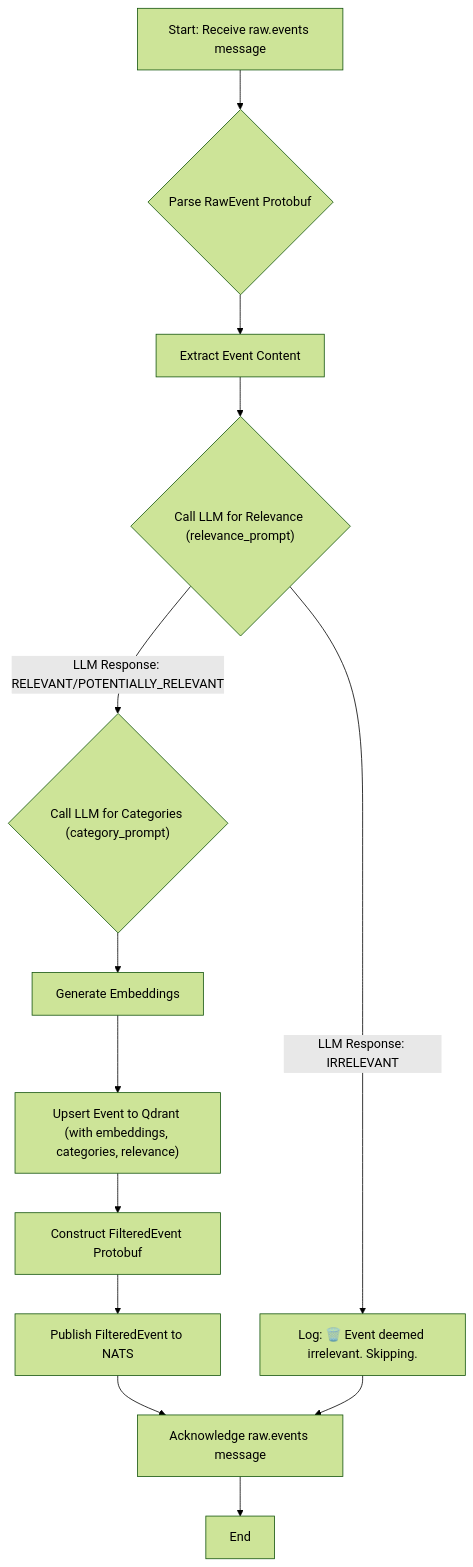
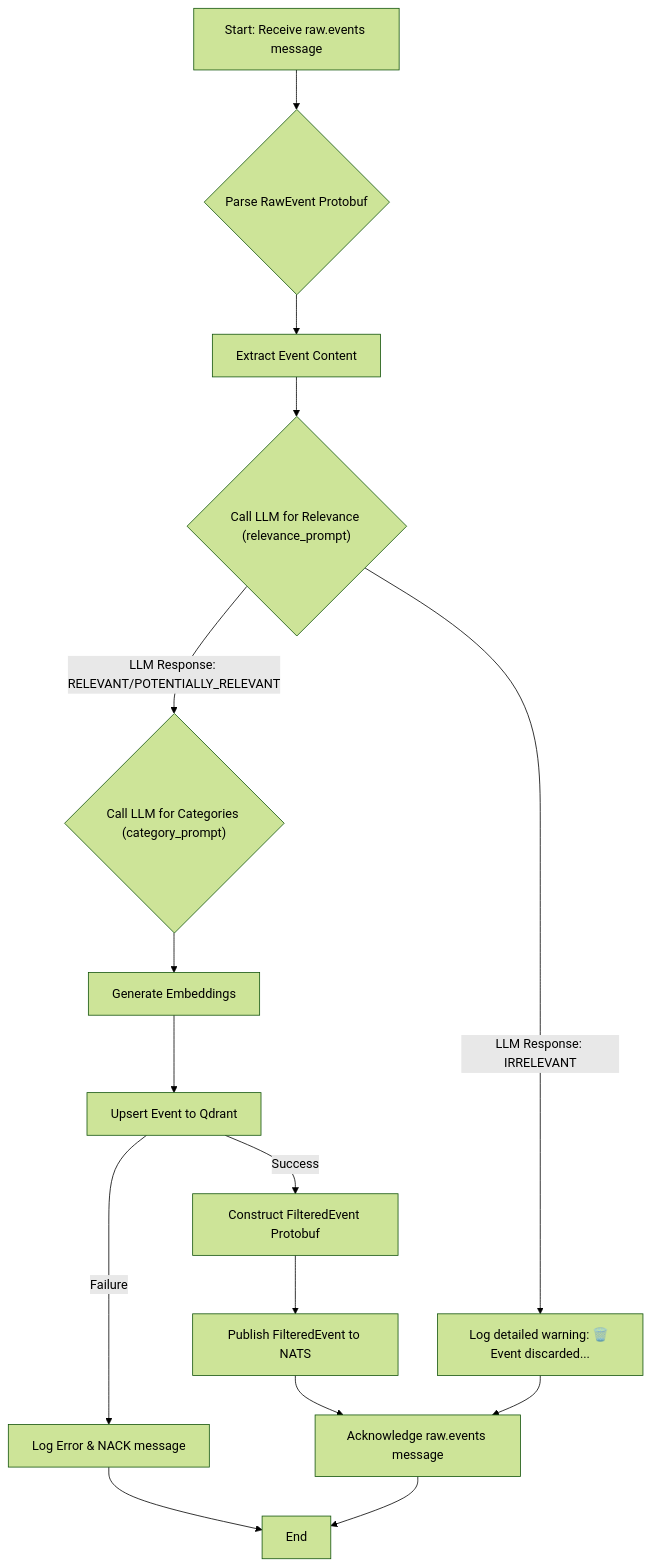
The second of 2 diagrams in docs/filter.md (gsantopaolo/sentinel-AI), drawn with Mermaid (forest theme) before and after one commit. The commit also changed other lines of this file and 14 other files, not shown here.

````diff
--- a/docs/filter.md
+++ b/docs/filter.md
@@ -111,15 +98,17 @@
 ```mermaid
 flowchart TD
     A["Start: Receive raw.events message"] --> B{"Parse RawEvent Protobuf"}
     B --> C["Extract Event Content"]
     C --> D{"Call LLM for Relevance (relevance_prompt)"}
-    D -->|LLM Response: IRRELEVANT| E["Log: 🗑️ Event deemed irrelevant. Skipping."]
+    D -->|LLM Response: IRRELEVANT| E["Log detailed warning: 🗑️ Event discarded..."]
     D -->|LLM Response: RELEVANT/POTENTIALLY_RELEVANT| F{"Call LLM for Categories (category_prompt)"}
     F --> G["Generate Embeddings"]
-    G --> H["Upsert Event to Qdrant (with embeddings, categories, relevance)"]
-    H --> I["Construct FilteredEvent Protobuf"]
+    G --> H["Upsert Event to Qdrant"]
+    H -->|Success| I["Construct FilteredEvent Protobuf"]
+    H -->|Failure| L["Log Error & NACK message"]
     I --> J["Publish FilteredEvent to NATS"]
     J --> K["Acknowledge raw.events message"]
     E --> K
-    K --> L["End"]
+    L --> M[End]
+    K --> M
 ```
````
